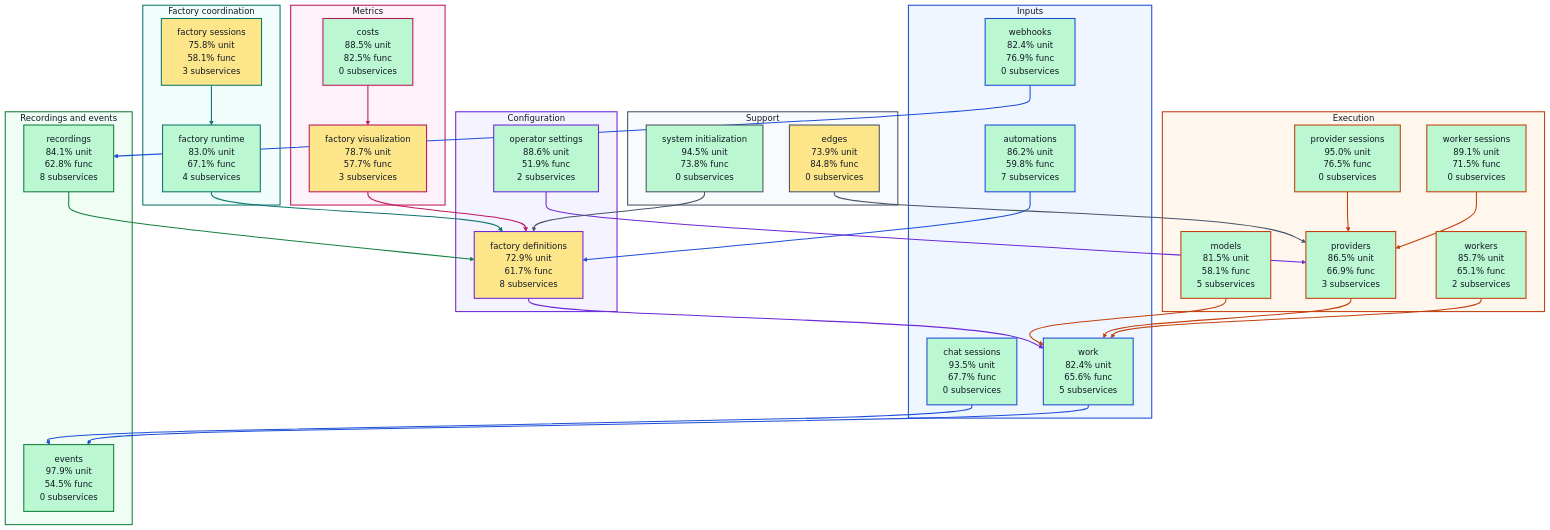
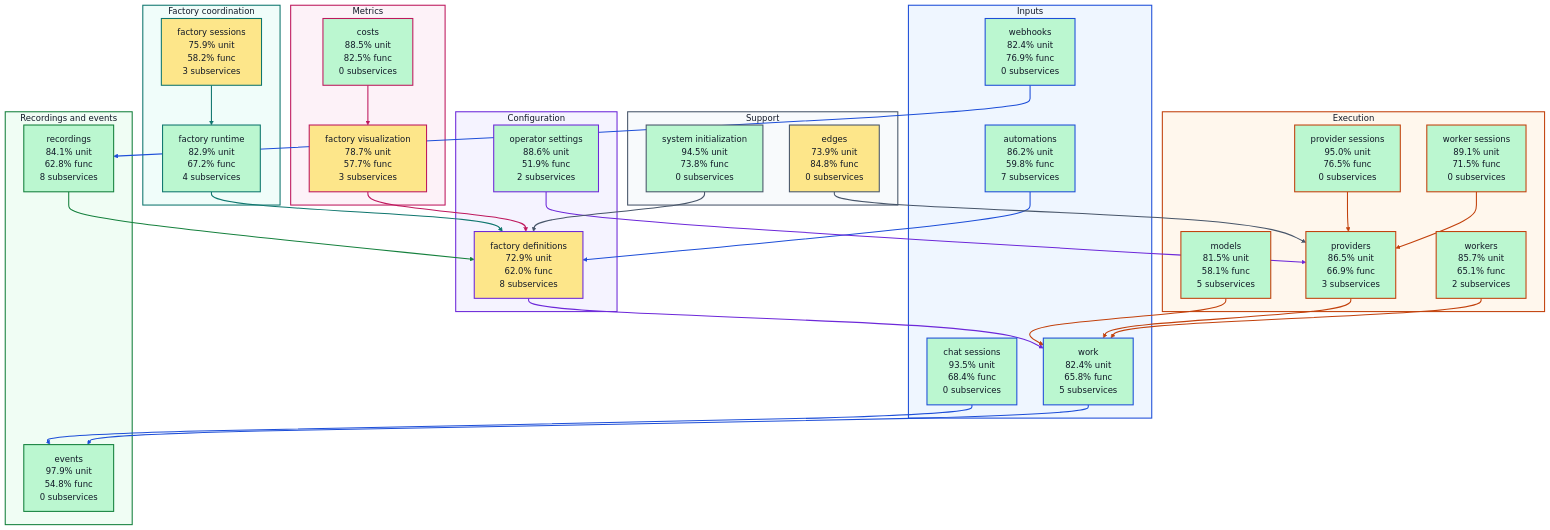
One commit to portpowered/you-agent-factory changed the diagram in docs/architecture/visualizations/high-level-test-coverage.md. Above: the diagram before and after it, drawn with Mermaid. The commit also changed other lines of this file and 20 other files, not shown here.

Commit message:
docs: refresh backend architecture visualizations

```diff
--- a/docs/architecture/visualizations/high-level-test-coverage.md
+++ b/docs/architecture/visualizations/high-level-test-coverage.md
@@ -12,17 +12,17 @@
 flowchart TB
   subgraph input["Inputs"]
     s_services_automations["automations<br/>86.2% unit<br/>59.8% func<br/>7 subservices"]
-    s_services_chat_sessions["chat sessions<br/>93.5% unit<br/>67.7% func<br/>0 subservices"]
+    s_services_chat_sessions["chat sessions<br/>93.5% unit<br/>68.4% func<br/>0 subservices"]
     s_services_webhooks["webhooks<br/>82.4% unit<br/>76.9% func<br/>0 subservices"]
-    s_services_work["work<br/>82.4% unit<br/>65.6% func<br/>5 subservices"]
+    s_services_work["work<br/>82.4% unit<br/>65.8% func<br/>5 subservices"]
   end
   subgraph configuration["Configuration"]
-    s_services_factory_definitions["factory definitions<br/>72.9% unit<br/>61.7% func<br/>8 subservices"]
+    s_services_factory_definitions["factory definitions<br/>72.9% unit<br/>62.0% func<br/>8 subservices"]
     s_services_operator_settings["operator settings<br/>88.6% unit<br/>51.9% func<br/>2 subservices"]
   end
   subgraph coordination["Factory coordination"]
-    s_services_factory_runtime["factory runtime<br/>83.0% unit<br/>67.1% func<br/>4 subservices"]
-    s_services_factory_sessions["factory sessions<br/>75.8% unit<br/>58.1% func<br/>3 subservices"]
+    s_services_factory_runtime["factory runtime<br/>82.9% unit<br/>67.2% func<br/>4 subservices"]
+    s_services_factory_sessions["factory sessions<br/>75.9% unit<br/>58.2% func<br/>3 subservices"]
   end
   subgraph execution["Execution"]
     s_services_models["models<br/>81.5% unit<br/>58.1% func<br/>5 subservices"]
@@ -32,7 +32,7 @@
     s_services_workers["workers<br/>85.7% unit<br/>65.1% func<br/>2 subservices"]
   end
   subgraph recordings["Recordings and events"]
-    s_services_events["events<br/>97.9% unit<br/>54.5% func<br/>0 subservices"]
+    s_services_events["events<br/>97.9% unit<br/>54.8% func<br/>0 subservices"]
     s_services_recordings["recordings<br/>84.1% unit<br/>62.8% func<br/>8 subservices"]
   end
   subgraph metrics["Metrics"]
```
